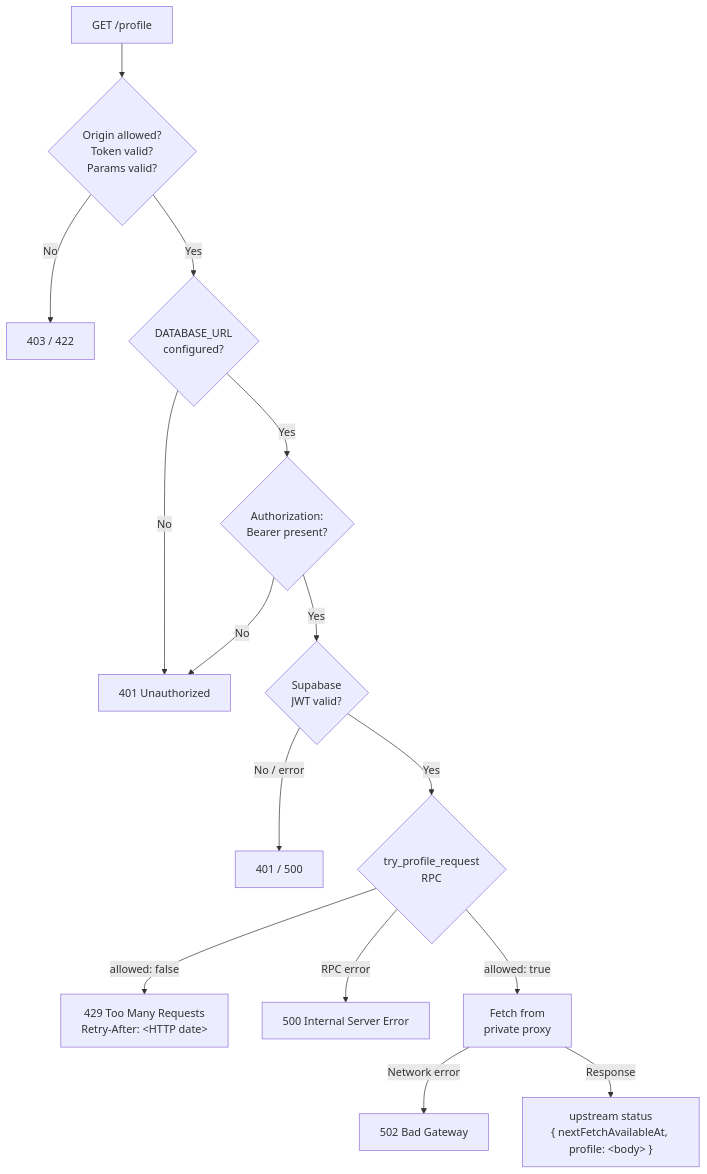
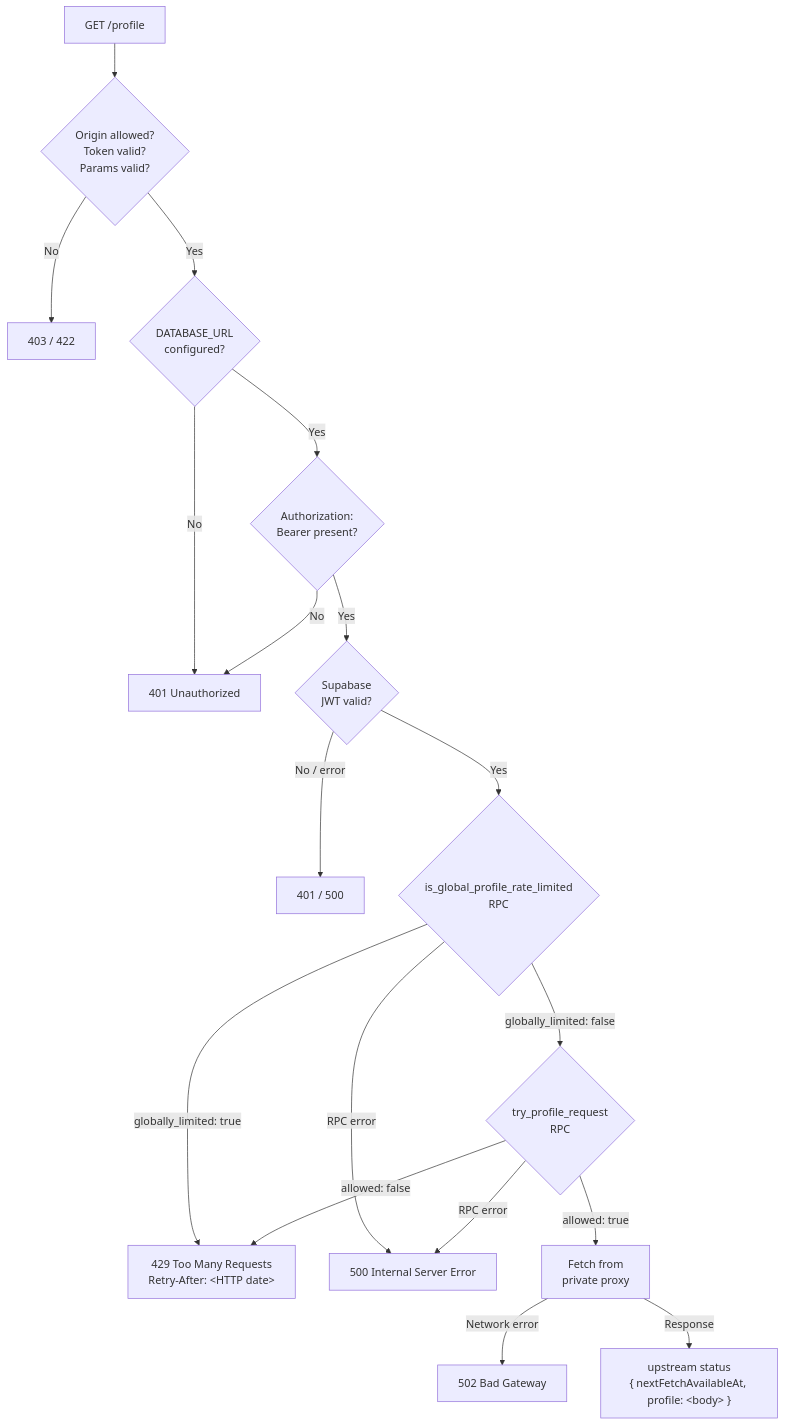
The diagram in README.md (dsinn/warframe-api-front-proxy), drawn with Mermaid before and after one commit. The commit also changed other lines of this file, not shown here.

````diff
--- a/README.md
+++ b/README.md
@@ -35,17 +35,20 @@
 ```mermaid
 flowchart TD
     A[GET /profile] --> B{Origin allowed?<br/>Token valid?<br/>Params valid?}
     B -->|No| C[403 / 422]
     B -->|Yes| D{DATABASE_URL<br/>configured?}
     D -->|No| E[401 Unauthorized]
     D -->|Yes| F{Authorization:<br/>Bearer present?}
     F -->|No| E
     F -->|Yes| G{Supabase<br/>JWT valid?}
     G -->|No / error| H[401 / 500]
-    G -->|Yes| J{try_profile_request<br/>RPC}
-    J -->|allowed: false| K["429 Too Many Requests<br/>Retry-After: &lt;HTTP date&gt;"]
+    G -->|Yes| J{is_global_profile_rate_limited<br/>RPC}
+    J -->|globally_limited: true| K["429 Too Many Requests<br/>Retry-After: &lt;HTTP date&gt;"]
     J -->|RPC error| L[500 Internal Server Error]
-    J -->|allowed: true| I[Fetch from<br/>private proxy]
+    J -->|globally_limited: false| N{try_profile_request<br/>RPC}
+    N -->|allowed: false| K
+    N -->|RPC error| L
+    N -->|allowed: true| I[Fetch from<br/>private proxy]
     I -->|Network error| M[502 Bad Gateway]
     I -->|Response| P["upstream status<br/>{ nextFetchAvailableAt, profile: &lt;body&gt; }"]
 ```
````
